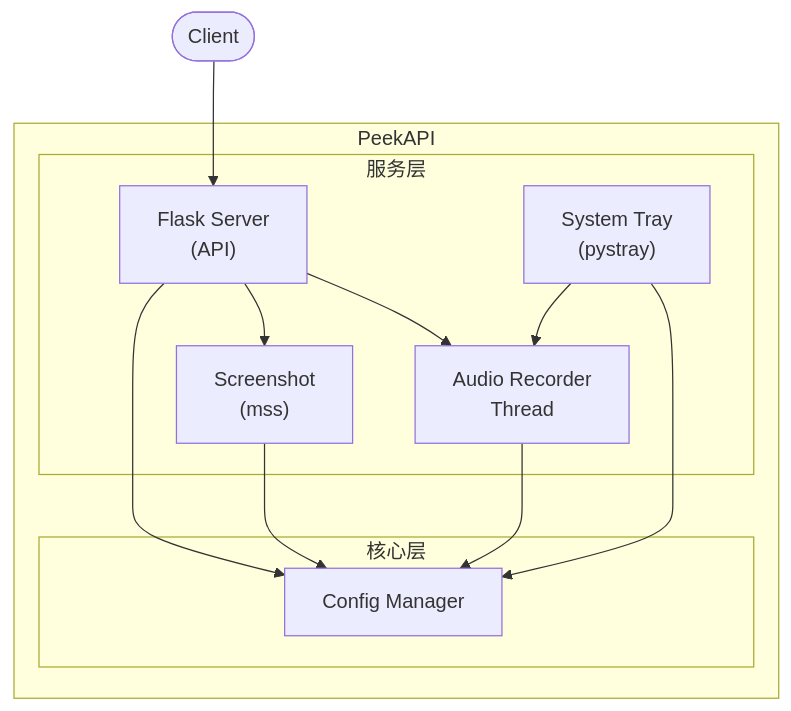
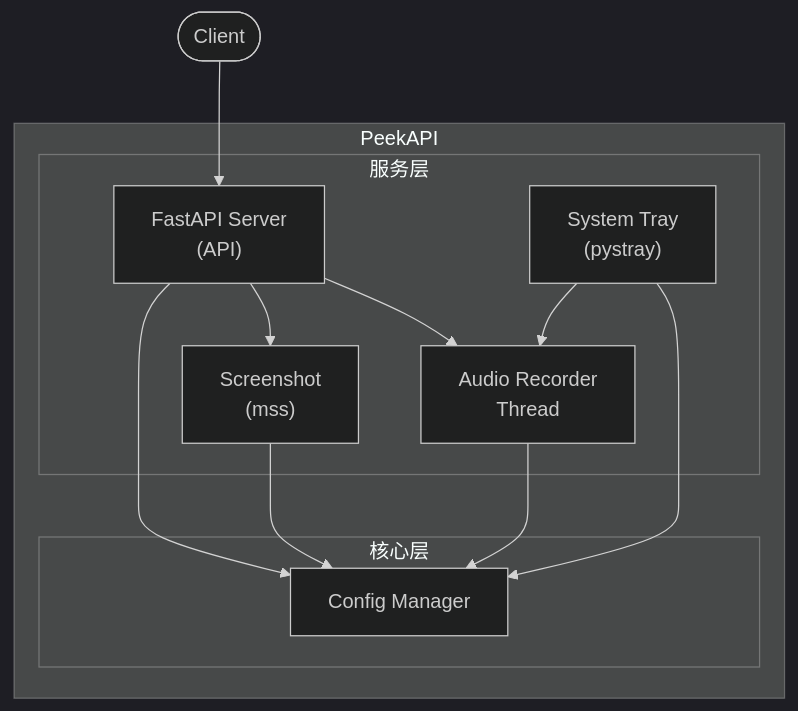
Before and after one commit to Misty02600/PeekAPI: the first of 6 diagrams in memory-bank/systemPatterns.md, drawn with Mermaid. The commit also changed other lines of this file and 24 other files, not shown here.

````diff
--- a/memory-bank/systemPatterns.md
+++ b/memory-bank/systemPatterns.md
@@ -29,25 +45,26 @@
 ```mermaid
+%%{init: {'theme':'dark'}}%%
 graph TB
     subgraph PeekAPI
         subgraph Services["服务层"]
-            Flask["Flask Server<br/>(API)"]
+            FastAPI["FastAPI Server<br/>(API)"]
             Screenshot["Screenshot<br/>(mss)"]
             Recorder["Audio Recorder<br/>Thread"]
             Tray["System Tray<br/>(pystray)"]
         end
 
         subgraph Core["核心层"]
             Config["Config Manager"]
         end
 
-        Flask --> Screenshot
-        Flask --> Recorder
-        Flask --> Config
+        FastAPI --> Screenshot
+        FastAPI --> Recorder
+        FastAPI --> Config
         Screenshot --> Config
         Recorder --> Config
         Tray --> Config
         Tray --> Recorder
     end
 
-    Client([Client]) --> Flask
+    Client([Client]) --> FastAPI
 ```
````
